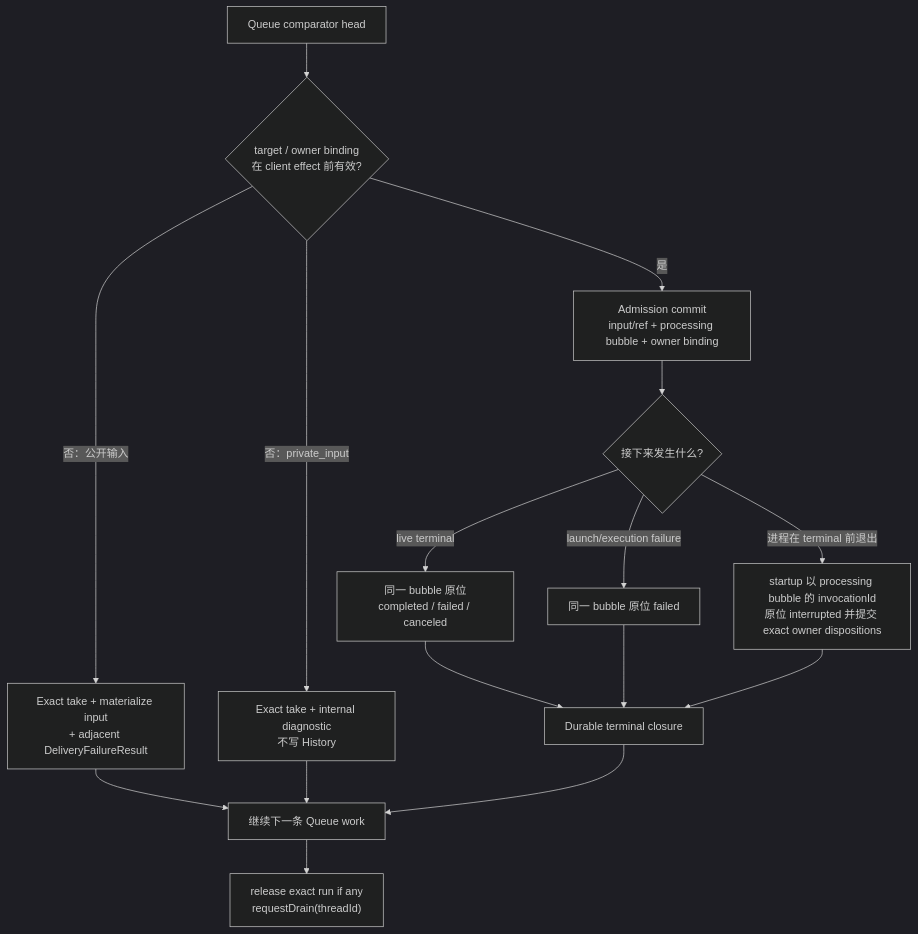
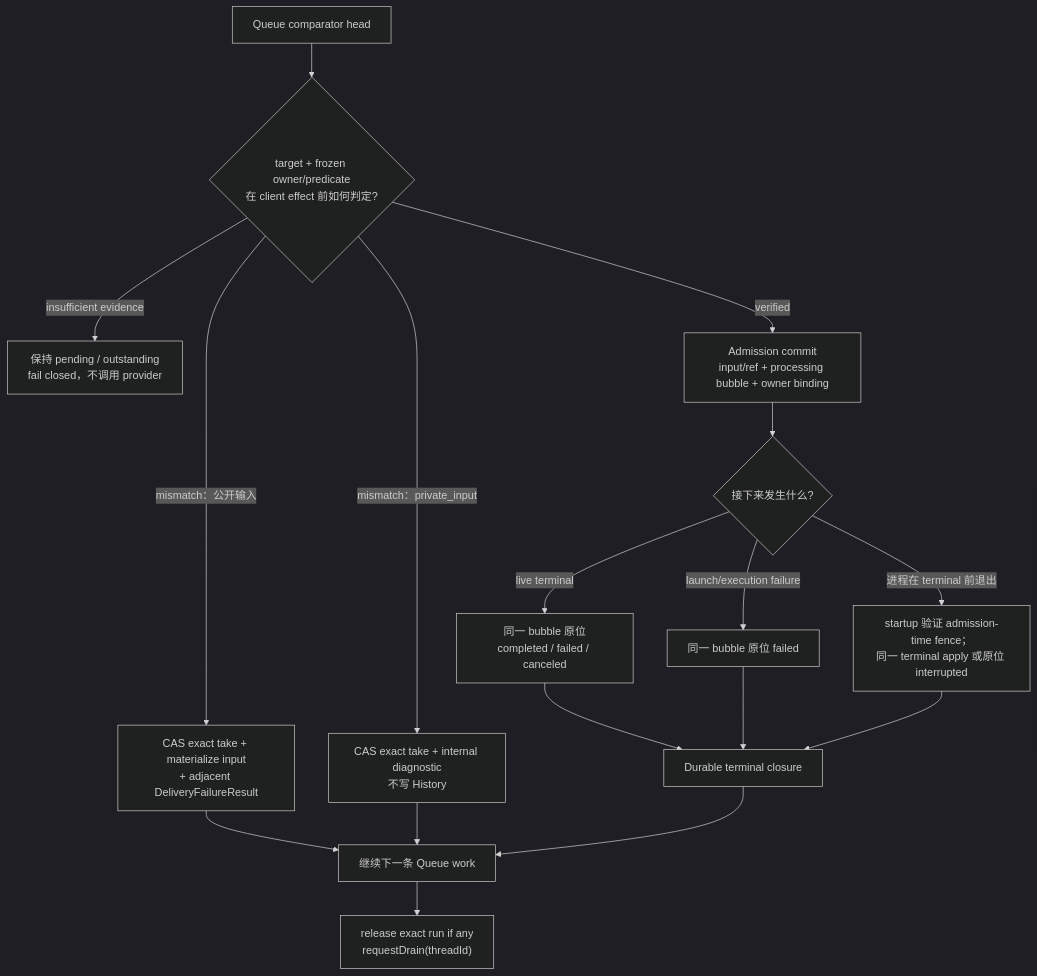
Before and after one commit to zts212653/clowder-ai: the sixth of 8 diagrams in docs/architecture/message-delivery-handling-handoff-audit.md, drawn with Mermaid (dark theme). The commit also changed other lines of this file, not shown here.

First line of the commit message:
docs(architecture): fence A2A decision continuity

````diff
--- a/docs/architecture/message-delivery-handling-handoff-audit.md
+++ b/docs/architecture/message-delivery-handling-handoff-audit.md
@@ -268,18 +268,19 @@
 ```mermaid
 flowchart TD
-    Q["Queue comparator head"] --> V{"target / owner binding<br/>在 client effect 前有效?"}
-    V -->|"否：公开输入"| PF["Exact take + materialize input<br/>+ adjacent DeliveryFailureResult"]
-    V -->|"否：private_input"| PI["Exact take + internal diagnostic<br/>不写 History"]
-    V -->|"是"| A["Admission commit<br/>input/ref + processing bubble + owner binding"]
+    Q["Queue comparator head"] --> V{"target + frozen owner/predicate<br/>在 client effect 前如何判定?"}
+    V -->|"mismatch：公开输入"| PF["CAS exact take + materialize input<br/>+ adjacent DeliveryFailureResult"]
+    V -->|"mismatch：private_input"| PI["CAS exact take + internal diagnostic<br/>不写 History"]
+    V -->|"insufficient evidence"| P["保持 pending / outstanding<br/>fail closed，不调用 provider"]
+    V -->|"verified"| A["Admission commit<br/>input/ref + processing bubble + owner binding"]
     A --> C{"接下来发生什么?"}
     C -->|"live terminal"| T["同一 bubble 原位<br/>completed / failed / canceled"]
     C -->|"launch/execution failure"| F["同一 bubble 原位 failed"]
-    C -->|"进程在 terminal 前退出"| I["startup 以 processing bubble 的 invocationId<br/>原位 interrupted 并提交 exact owner dispositions"]
+    C -->|"进程在 terminal 前退出"| I["startup 验证 admission-time fence；<br/>同一 terminal apply 或原位 interrupted"]
     T --> X["Durable terminal closure"]
     F --> X
     I --> X
     PF --> N["继续下一条 Queue work"]
     PI --> N
     X --> N
     N --> D["release exact run if any<br/>requestDrain(threadId)"]
 ```
````
